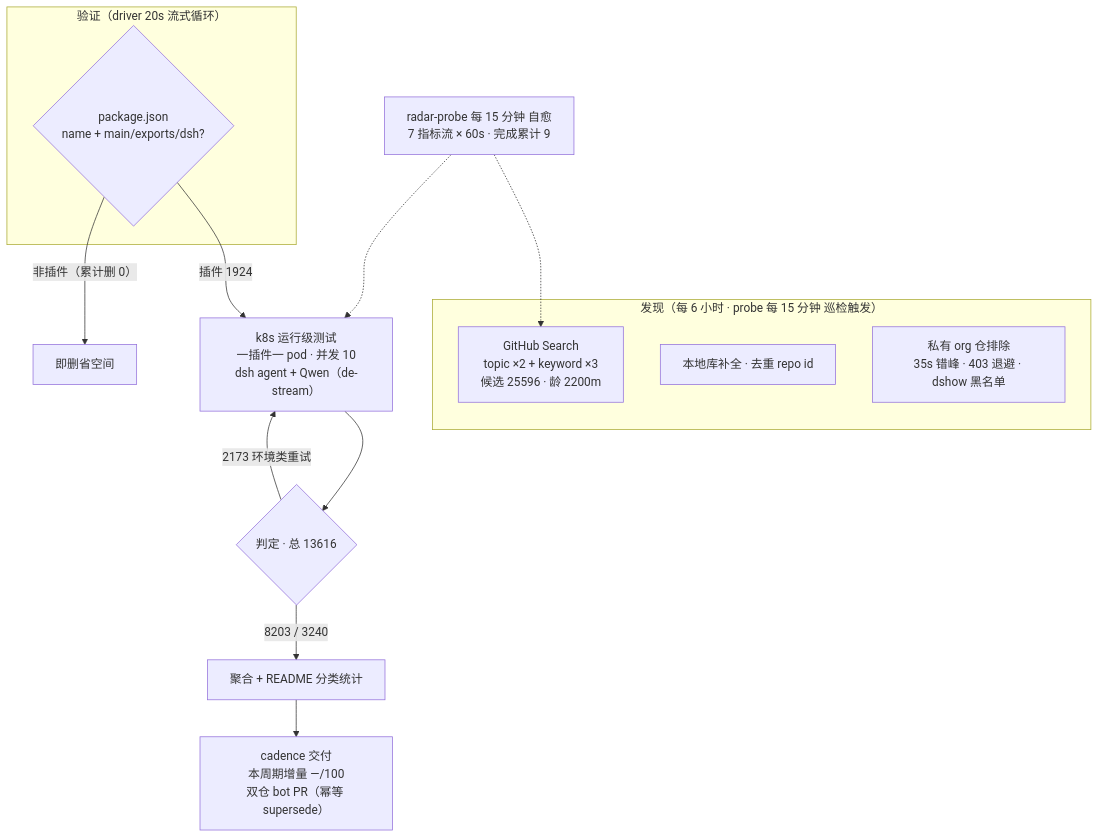
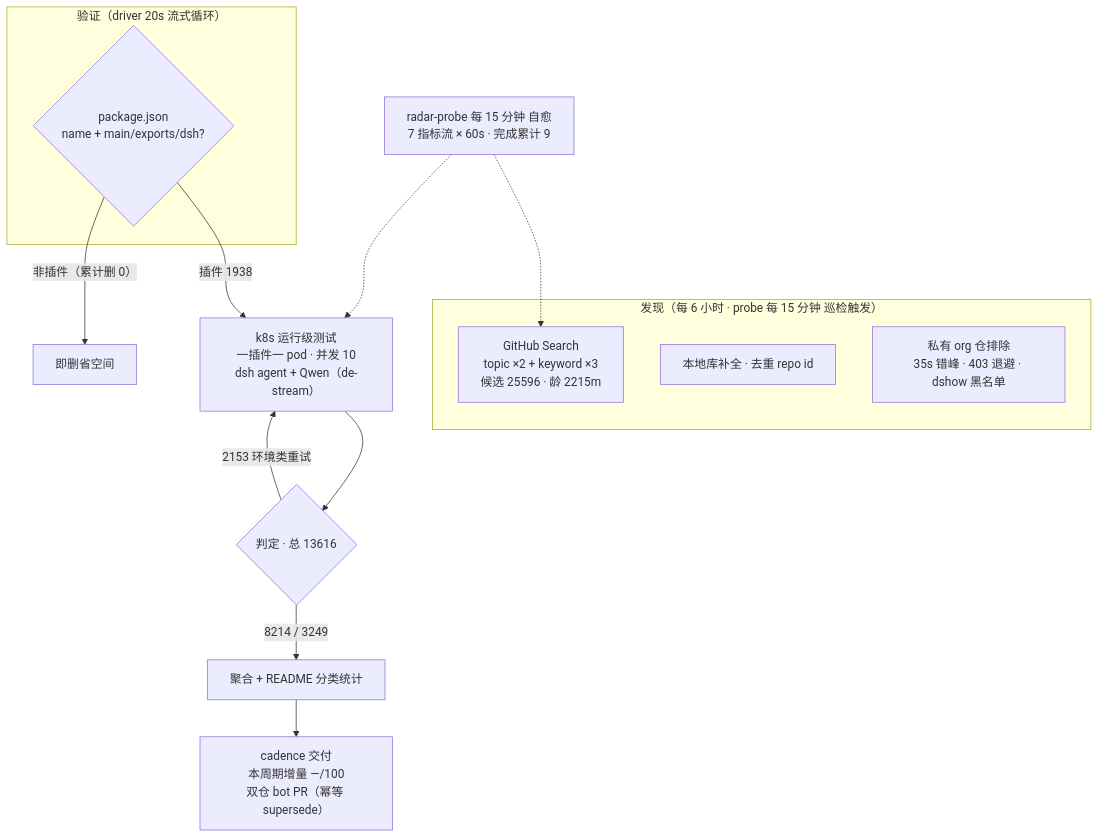
The diagram in README.md (Zhidao-Lab-OSS/awesome-dsh-plugins), drawn with Mermaid before and after one commit. The commit also changed other lines of this file and 1 other file, not shown here.

````diff
--- a/README.md
+++ b/README.md
@@ -54,20 +54,20 @@
 ```mermaid
 flowchart TB
     subgraph Discovery["发现（每 6 小时 · probe 每 15 分钟 巡检触发）"]
-        A1["GitHub Search<br/>topic ×2 + keyword ×3<br/>候选 25596 · 龄 2200m"]
+        A1["GitHub Search<br/>topic ×2 + keyword ×3<br/>候选 25596 · 龄 2215m"]
         A2["本地库补全 · 去重 repo id"]
         A3["私有 org 仓排除<br/>35s 错峰 · 403 退避 · dshow 黑名单"]
     end
     subgraph Validation["验证（driver 20s 流式循环）"]
         B1{"package.json<br/>name + main/exports/dsh?"}
     end
-    B1 -->|"插件 1924"| C1["k8s 运行级测试<br/>一插件一 pod · 并发 10<br/>dsh agent + Qwen（de-stream）"]
+    B1 -->|"插件 1938"| C1["k8s 运行级测试<br/>一插件一 pod · 并发 10<br/>dsh agent + Qwen（de-stream）"]
     B1 -->|"非插件（累计删 0）"| B3["即删省空间"]
     C1 --> D1{"判定 · 总 13616"}
-    D1 -->|"8203 / 3240"| E1["聚合 + README 分类统计"]
-    D1 -->|"2173 环境类重试"| C1
+    D1 -->|"8214 / 3249"| E1["聚合 + README 分类统计"]
+    D1 -->|"2153 环境类重试"| C1
     E1 --> E2["cadence 交付<br/>本周期增量 —/100<br/>双仓 bot PR（幂等 supersede）"]
     M["radar-probe 每 15 分钟 自愈<br/>7 指标流 × 60s · 完成累计 9"]
     M -.-> A1
     M -.-> C1
 ```
````
